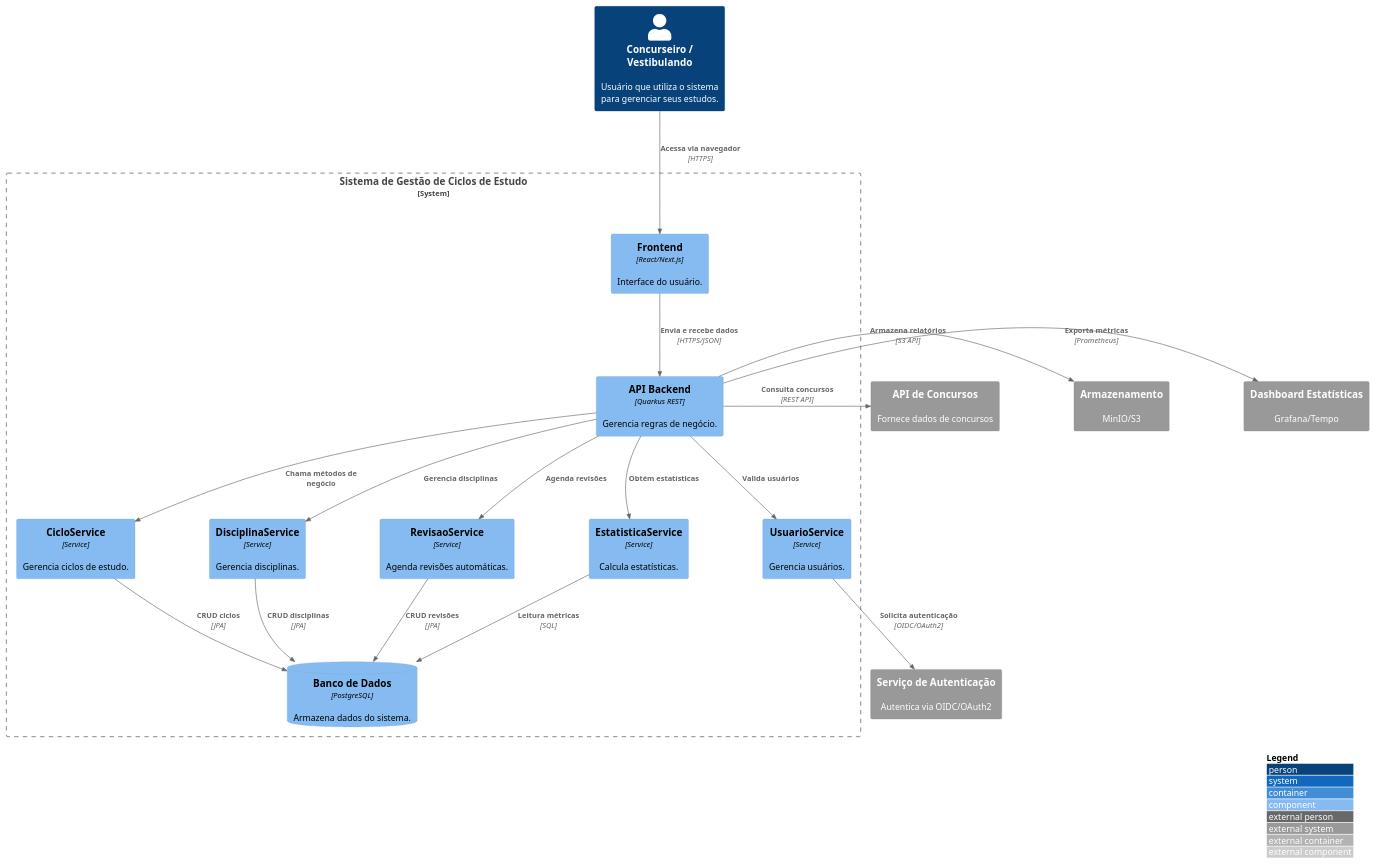
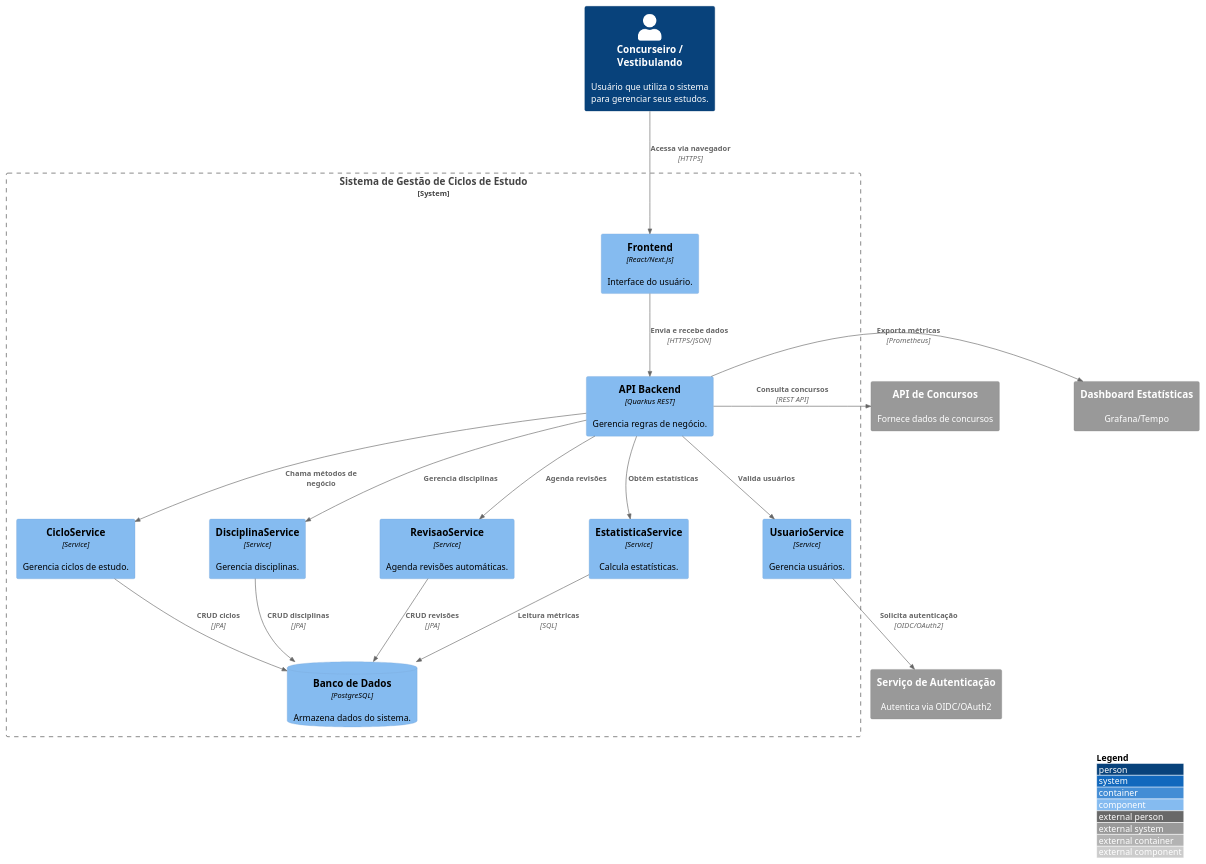
One commit to MarcosVSO/projeto_design_de_software changed the diagram in atividade_3/diagrama_componentes.puml. Above: the diagram before and after it, drawn with PlantUML.

Commit message:
Retirada MinIO

```diff
--- a/atividade_3/diagrama_componentes.puml
+++ b/atividade_3/diagrama_componentes.puml
@@ -1,68 +1,64 @@
 @startuml
 !include https://raw.githubusercontent.com/plantuml-stdlib/C4-PlantUML/master/C4_Component.puml
 
 ' Configurações para melhorar legibilidade
 LAYOUT_TOP_DOWN()
 LAYOUT_WITH_LEGEND()
 
 ' Aumentar espaçamento entre elementos
 skinparam ranksep 100
 skinparam nodesep 120
 
 Person(user, "Concurseiro / Vestibulando", "Usuário que utiliza o sistema para gerenciar seus estudos.")
 
 System_Boundary(s1, "Sistema de Gestão de Ciclos de Estudo") {
 
   Component(frontend, "Frontend", "React/Next.js", "Interface do usuário.")
   
   Component(api, "API Backend", "Quarkus REST", "Gerencia regras de negócio.")
 
   ' Services organizados verticalmente
   Component(cicloService, "CicloService", "Service", "Gerencia ciclos de estudo.")
   
   Component(disciplinaService, "DisciplinaService", "Service", "Gerencia disciplinas.")
   
   Component(revisaoService, "RevisaoService", "Service", "Agenda revisões automáticas.")
   
   Component(usuarioService, "UsuarioService", "Service", "Gerencia usuários.")
   
   Component(estatisticaService, "EstatisticaService", "Service", "Calcula estatísticas.")
 
   ComponentDb(db, "Banco de Dados", "PostgreSQL", "Armazena dados do sistema.")
 
   ' Relacionamentos internos
   Rel_Down(frontend, api, "Envia e recebe dados", "HTTPS/JSON")
   
   Rel_Down(api, cicloService, "Chama métodos de negócio")
   Rel_Down(api, disciplinaService, "Gerencia disciplinas")
   Rel_Down(api, revisaoService, "Agenda revisões")
   Rel_Down(api, estatisticaService, "Obtém estatísticas")
   Rel_Down(api, usuarioService, "Valida usuários")
   
   Rel(cicloService, db, "CRUD ciclos", "JPA")
   Rel(disciplinaService, db, "CRUD disciplinas", "JPA")
   Rel(revisaoService, db, "CRUD revisões", "JPA")
   Rel(estatisticaService, db, "Leitura métricas", "SQL")
 }
 
 ' Sistemas externos
 System_Ext(auth, "Serviço de Autenticação", "Autentica via OIDC/OAuth2")
 
 System_Ext(apiConcursos, "API de Concursos", "Fornece dados de concursos")
 
-System_Ext(storage, "Armazenamento", "MinIO/S3")
-
 System_Ext(grafana, "Dashboard Estatísticas", "Grafana/Tempo")
 
 ' Relacionamentos externos
 Rel_Down(user, frontend, "Acessa via navegador", "HTTPS")
 
 Rel_Down(usuarioService, auth, "Solicita autenticação", "OIDC/OAuth2")
 
 Rel_Right(api, apiConcursos, "Consulta concursos", "REST API")
 
-Rel_Right(api, storage, "Armazena relatórios", "S3 API")
-
 Rel_Right(api, grafana, "Exporta métricas", "Prometheus")
 
 @enduml
```
